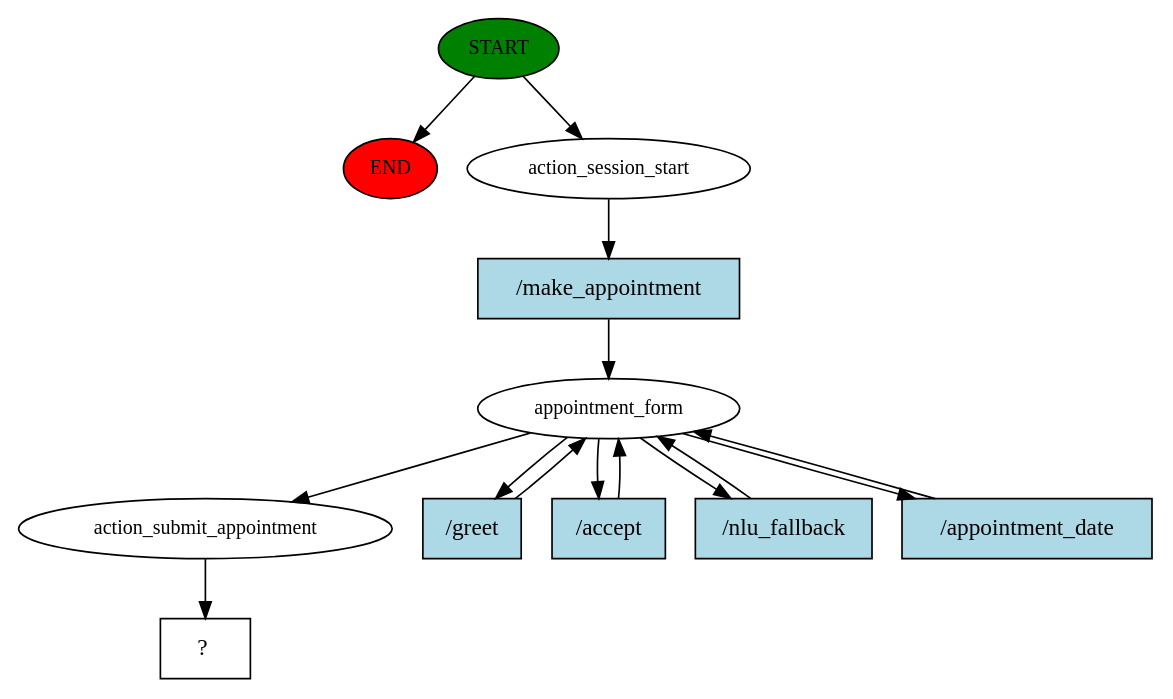
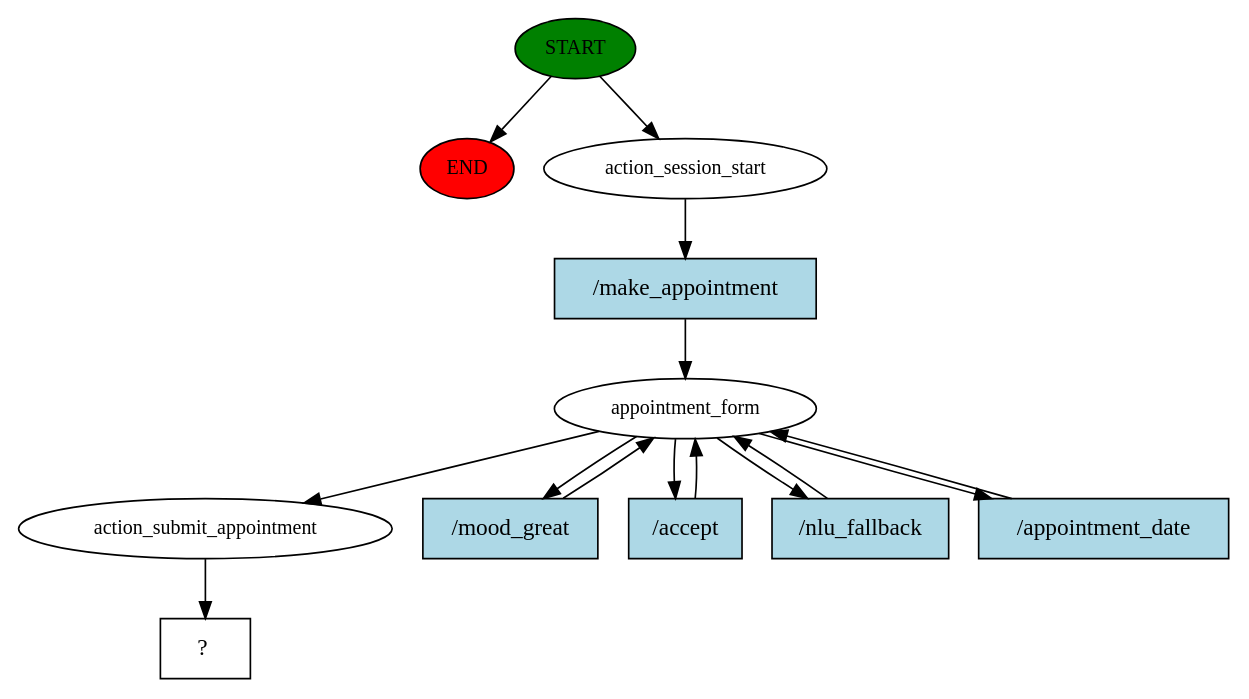
The diagram in story_graph.dot (Localized-Medical-Chatbot/Medical_Chatbot), drawn with Graphviz before and after one commit. The commit also changed 5 other files, not shown here.

```diff
--- a/story_graph.dot
+++ b/story_graph.dot
@@ -1,27 +1,27 @@
 digraph  {
 0 [class="start active", fillcolor=green, fontsize=12, label=START, style=filled];
 "-1" [class=end, fillcolor=red, fontsize=12, label=END, style=filled];
 1 [class=active, fontsize=12, label=action_session_start];
 2 [class=active, fontsize=12, label=appointment_form];
-8 [class=active, fontsize=12, label=action_submit_appointment];
-9 [class="intent dashed active", label="  ?  ", shape=rect];
-10 [class="intent active", fillcolor=lightblue, label="/make_appointment", shape=rect, style=filled];
-11 [class="intent active", fillcolor=lightblue, label="/greet", shape=rect, style=filled];
-12 [class="intent active", fillcolor=lightblue, label="/accept", shape=rect, style=filled];
-13 [class="intent active", fillcolor=lightblue, label="/nlu_fallback", shape=rect, style=filled];
-14 [class="intent active", fillcolor=lightblue, label="/appointment_date", shape=rect, style=filled];
+7 [class=active, fontsize=12, label=action_submit_appointment];
+8 [class="intent dashed active", label="  ?  ", shape=rect];
+9 [class="intent active", fillcolor=lightblue, label="/make_appointment", shape=rect, style=filled];
+10 [class="intent active", fillcolor=lightblue, label="/mood_great", shape=rect, style=filled];
+11 [class="intent active", fillcolor=lightblue, label="/accept", shape=rect, style=filled];
+12 [class="intent active", fillcolor=lightblue, label="/nlu_fallback", shape=rect, style=filled];
+13 [class="intent active", fillcolor=lightblue, label="/appointment_date", shape=rect, style=filled];
 0 -> "-1"  [class="", key=NONE, label=""];
 0 -> 1  [class=active, key=NONE, label=""];
-1 -> 10  [class=active, key=0];
-2 -> 8  [class=active, key=NONE, label=""];
+1 -> 9  [class=active, key=0];
+2 -> 7  [class=active, key=NONE, label=""];
+2 -> 10  [class=active, key=0];
 2 -> 11  [class=active, key=0];
 2 -> 12  [class=active, key=0];
 2 -> 13  [class=active, key=0];
-2 -> 14  [class=active, key=0];
-8 -> 9  [class=active, key=NONE, label=""];
+7 -> 8  [class=active, key=NONE, label=""];
+9 -> 2  [class=active, key=0];
 10 -> 2  [class=active, key=0];
 11 -> 2  [class=active, key=0];
 12 -> 2  [class=active, key=0];
 13 -> 2  [class=active, key=0];
-14 -> 2  [class=active, key=0];
 }
```
